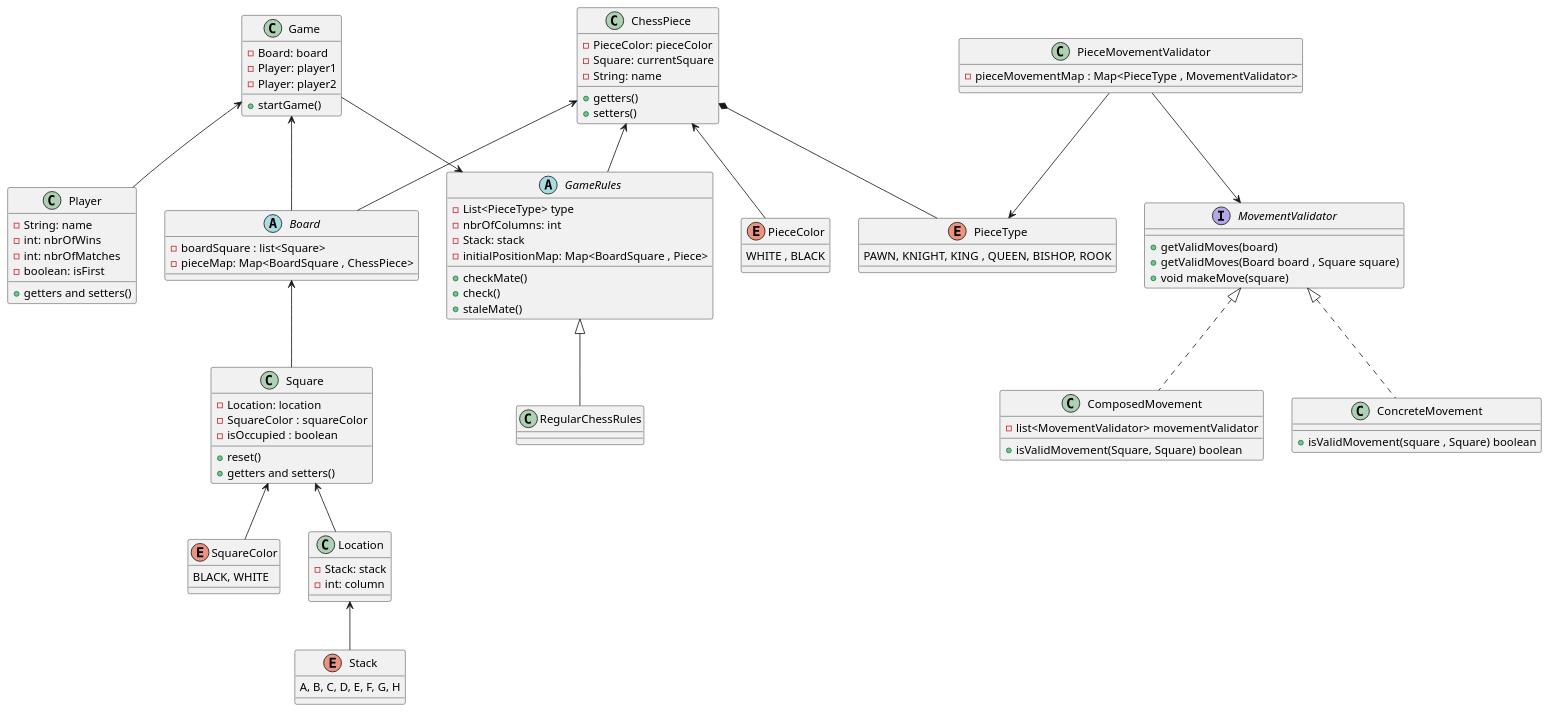
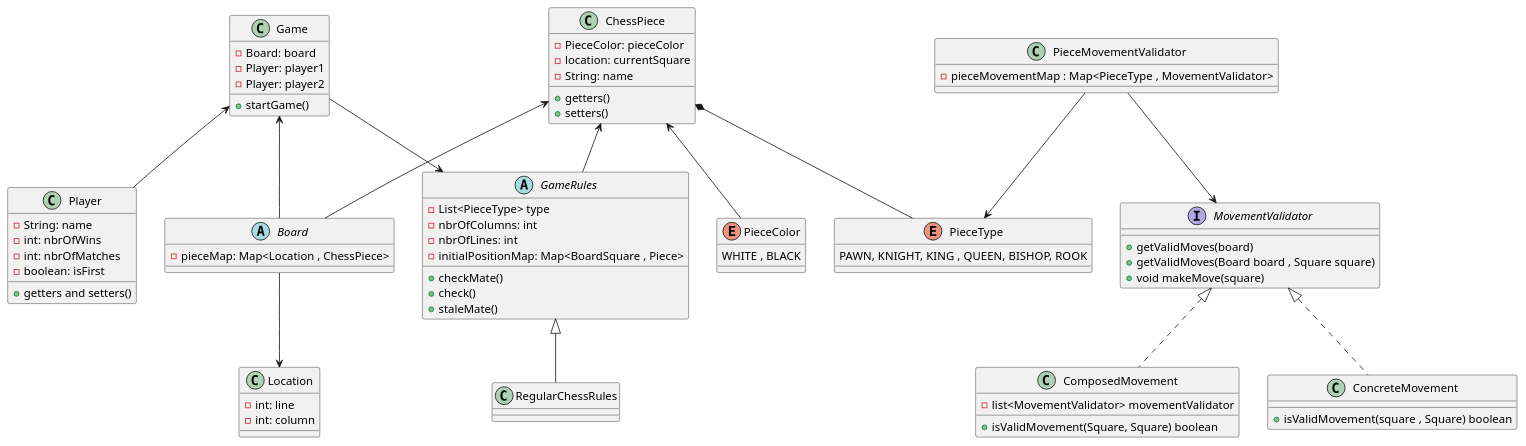
Before and after one commit to AlbertoPizzi/TPAjedrez2022: the diagram in src/main/java/chess/ChessUML.puml, drawn with PlantUML. The commit also changed other lines of this file and 9 other files, not shown here.

```diff
--- a/src/main/java/chess/ChessUML.puml
+++ b/src/main/java/chess/ChessUML.puml
@@ -1,98 +1,80 @@
 @startuml
 class Game{
  - Board: board
  - Player: player1
  - Player: player2
 
  + startGame()
 }
 
 abstract class Board{
--boardSquare : list<Square>
--pieceMap: Map<BoardSquare , ChessPiece>
-}
-
-class Square{
-- Location: location
-- SquareColor : squareColor
-- isOccupied : boolean
-+ reset()
-+ getters and setters()
-
-}
-enum SquareColor{
-BLACK, WHITE
+-pieceMap: Map<Location , ChessPiece>
 }
 
 class Location{
-- Stack: stack
+- int: line
 - int: column
 
 }
-enum Stack{
-A, B, C, D, E, F, G, H
-}
+
 class ChessPiece{
 - PieceColor: pieceColor
-- Square: currentSquare
+- location: currentSquare
 - String: name
 
 + getters()
 + setters()
 }
 enum PieceColor{
     WHITE , BLACK
 }
 
 enum PieceType{
 PAWN, KNIGHT, KING , QUEEN, BISHOP, ROOK
 }
 
 abstract class GameRules{
 - List<PieceType> type
 - nbrOfColumns: int
-- Stack: stack
+- nbrOfLines: int
 - initialPositionMap: Map<BoardSquare , Piece>
     + checkMate()
     + check()
     + staleMate()
 }
 class RegularChessRules extends GameRules{}
 class Player{
  -String: name
  -int: nbrOfWins
  -int: nbrOfMatches
  -boolean: isFirst
  +getters and setters()
 }
 
 class PieceMovementValidator {
  - pieceMovementMap : Map<PieceType , MovementValidator>
 }
 
 interface MovementValidator{
 + getValidMoves(board)
 + getValidMoves(Board board , Square square)
 + void makeMove(square)
 }
 class ComposedMovement implements MovementValidator{
 - list<MovementValidator> movementValidator
 + isValidMovement(Square, Square) boolean
 }
 class ConcreteMovement implements MovementValidator{
 + isValidMovement(square , Square) boolean
 }
-Square <-- SquareColor
-Square <-- Location
-Location <-- Stack
-Board <-- Square
+Board --> Location
 ChessPiece <-- GameRules
 ChessPiece <-- PieceColor
 Game <-- Board
 ChessPiece <-- Board
 Game --> GameRules
 Game <-- Player
 ChessPiece *-- PieceType
 PieceMovementValidator --> PieceType
 PieceMovementValidator --> MovementValidator
 @enduml
```
